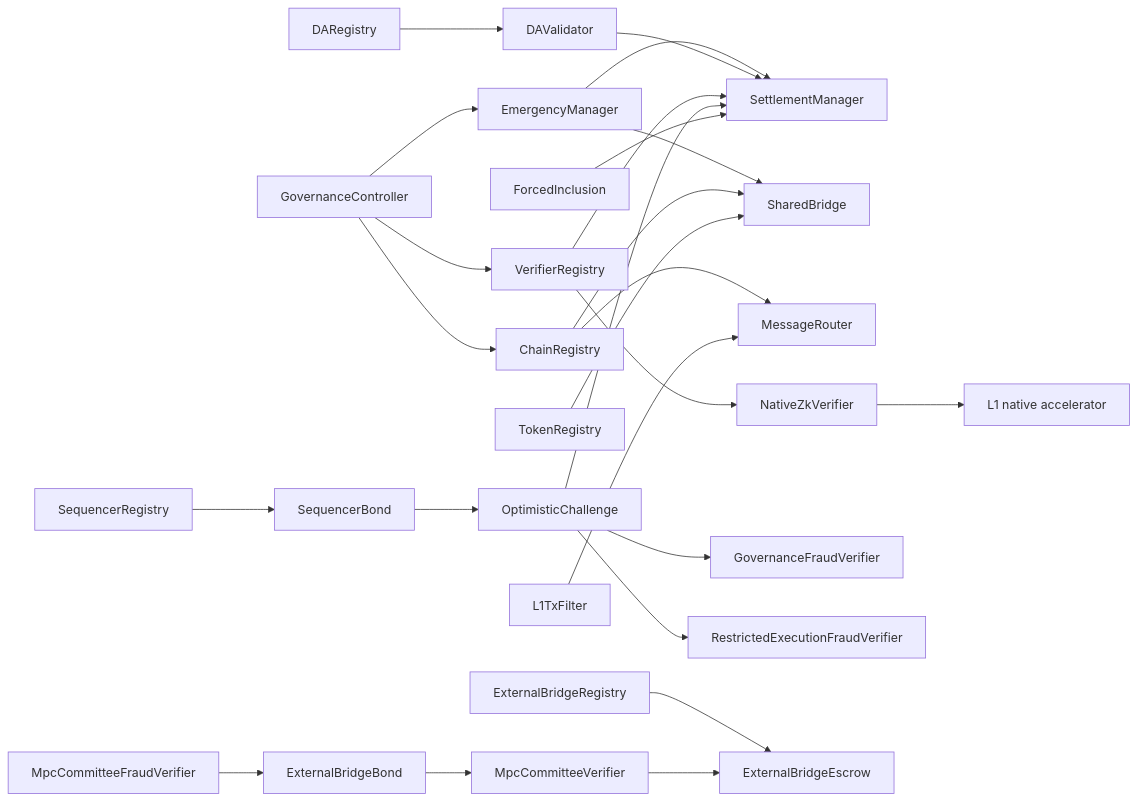
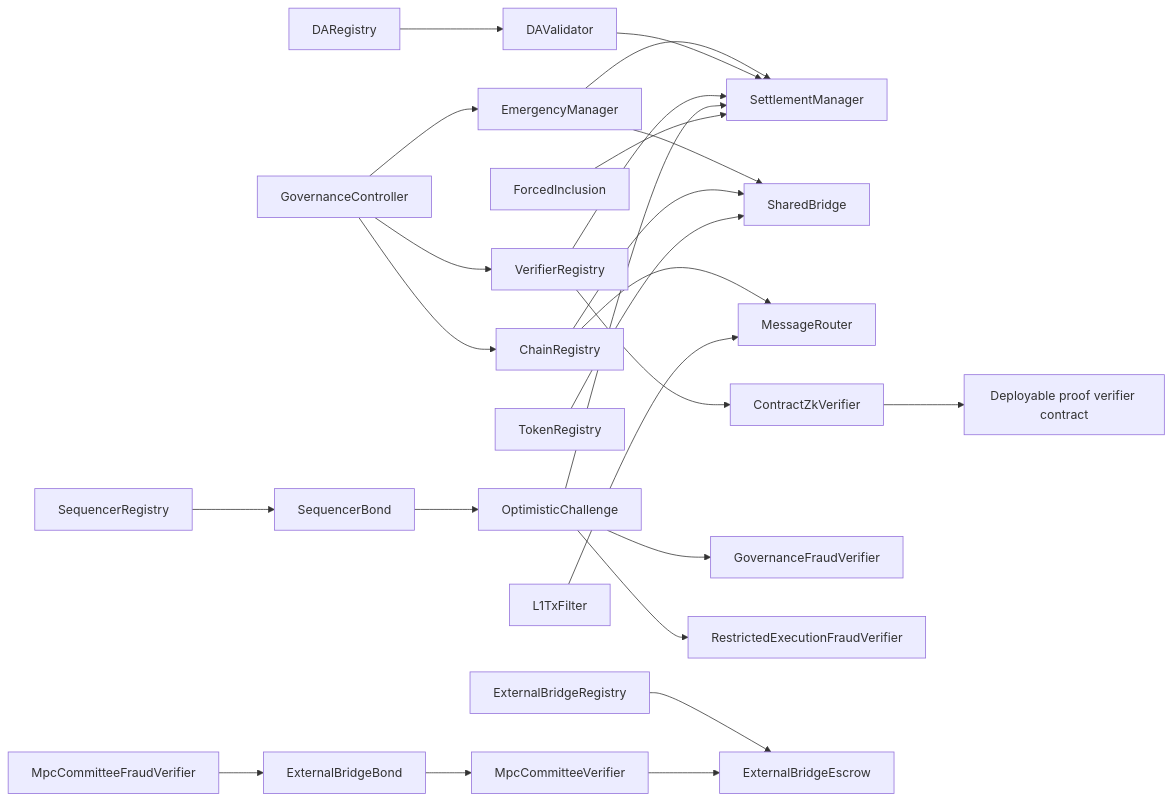
Before and after one commit to r3e-network/neo-n4: the second of 10 diagrams in docs/neohub-architecture-and-workflows.md, drawn with Mermaid. The commit also changed other lines of this file and 97 other files, not shown here.

````diff
--- a/docs/neohub-architecture-and-workflows.md
+++ b/docs/neohub-architecture-and-workflows.md
@@ -123,32 +124,32 @@
 ```mermaid
 flowchart LR
     gov["GovernanceController"] --> chain["ChainRegistry"]
     gov --> verifiers["VerifierRegistry"]
     gov --> emergency["EmergencyManager"]
     emergency --> settle["SettlementManager"]
     emergency --> bridge["SharedBridge"]
 
     chain --> bridge
     chain --> msg["MessageRouter"]
     token["TokenRegistry"] --> bridge
 
     daReg["DARegistry"] --> daVal["DAValidator"]
     daVal --> settle
     verifiers --> settle
-    verifiers --> nativeZk["NativeZkVerifier"]
-    nativeZk --> nativeAcc["L1 native accelerator"]
+    verifiers --> nativeZk["ContractZkVerifier"]
+    nativeZk --> nativeAcc["Deployable proof verifier contract"]
 
     seqReg["SequencerRegistry"] --> bond["SequencerBond"]
     bond --> challenge["OptimisticChallenge"]
     challenge --> settle
     challenge --> govFraud["GovernanceFraudVerifier"]
     challenge --> rexFraud["RestrictedExecutionFraudVerifier"]
 
     force["ForcedInclusion"] --> settle
     filter["L1TxFilter"] --> msg
 
     extReg["ExternalBridgeRegistry"] --> extEscrow["ExternalBridgeEscrow"]
     extBond["ExternalBridgeBond"] --> mpc["MpcCommitteeVerifier"]
     mpc --> extEscrow
     extFraud["MpcCommitteeFraudVerifier"] --> extBond
 ```
````
